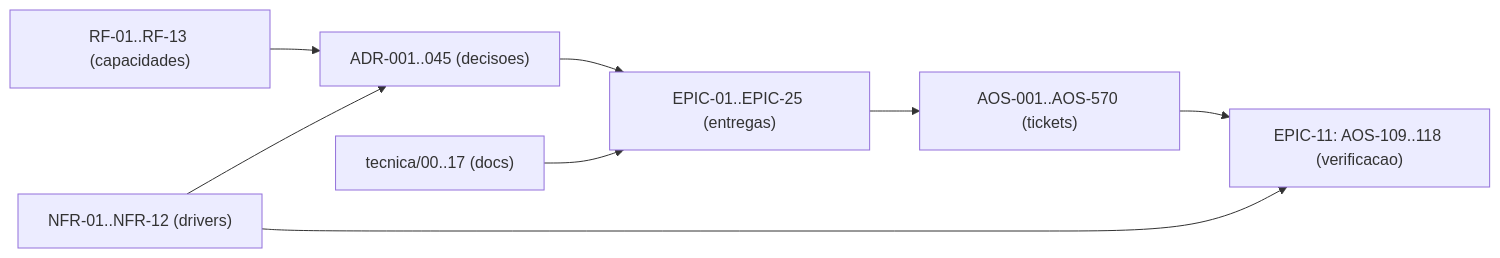
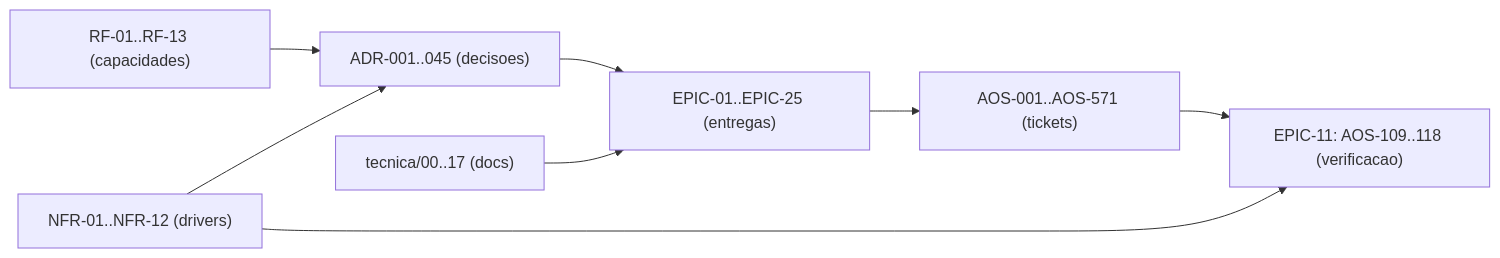
One commit to albinoJimy/aos changed the diagram in tecnica/16_Rastreabilidade_RTM.md. Above: the diagram before and after it, drawn with Mermaid. The commit also changed other lines of this file and 2 other files, not shown here.

````diff
--- a/tecnica/16_Rastreabilidade_RTM.md
+++ b/tecnica/16_Rastreabilidade_RTM.md
@@ -214,10 +214,10 @@
 ```mermaid
 flowchart LR
     RF["RF-01..RF-13 (capacidades)"] --> ADR["ADR-001..045 (decisoes)"]
     NFR["NFR-01..NFR-12 (drivers)"] --> ADR
     ADR --> EPIC["EPIC-01..EPIC-25 (entregas)"]
-    EPIC --> TICK["AOS-001..AOS-570 (tickets)"]
+    EPIC --> TICK["AOS-001..AOS-571 (tickets)"]
     DOC["tecnica/00..17 (docs)"] --> EPIC
     TICK --> TEST["EPIC-11: AOS-109..118 (verificacao)"]
     NFR --> TEST
 ```
````
